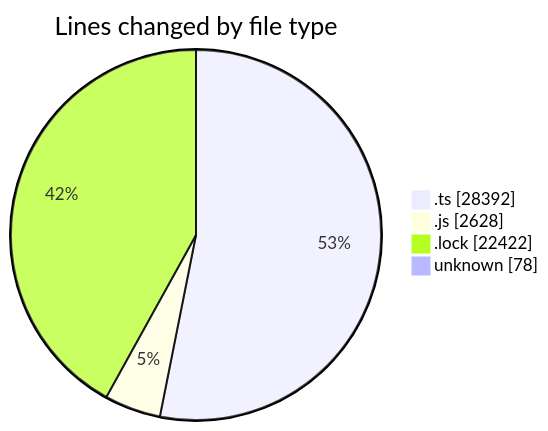
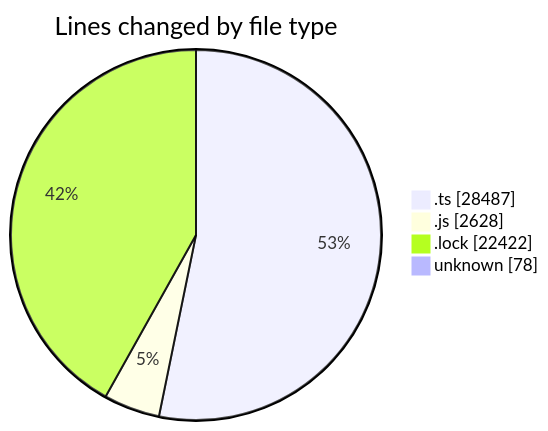
One commit to momahboobian/code-tracking changed the first of 2 diagrams in 2025-05-20/cda/README.md. Above: the diagram before and after it, drawn with Mermaid. The commit also changed other lines of this file and 1 other file, not shown here.

````diff
--- a/2025-05-20/cda/README.md
+++ b/2025-05-20/cda/README.md
@@ -42,8 +42,8 @@
 ```mermaid
 pie showData
 title Lines changed by file type
-".ts" : 28392
+".ts" : 28487
 ".js" : 2628
 ".lock" : 22422
 "unknown" : 78
 ```
````
